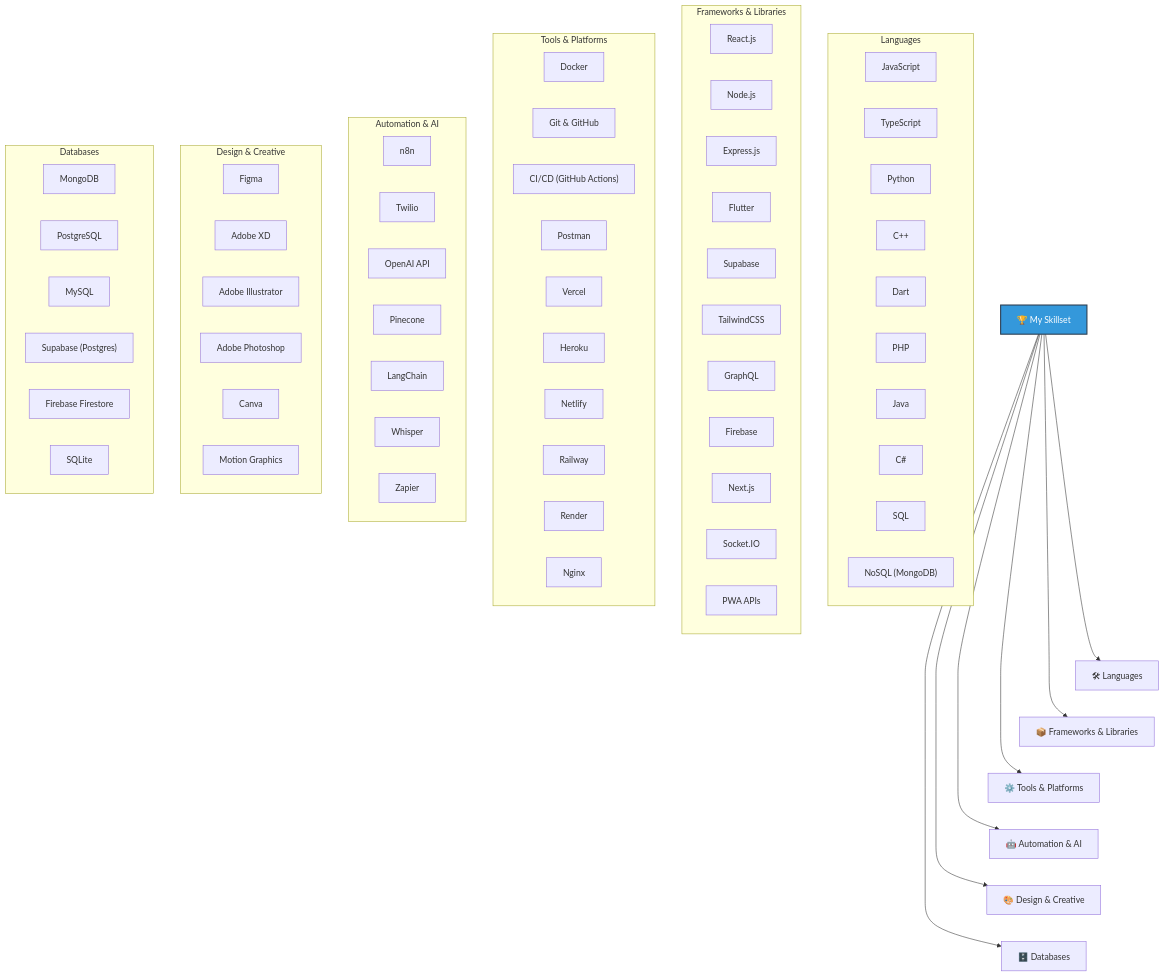
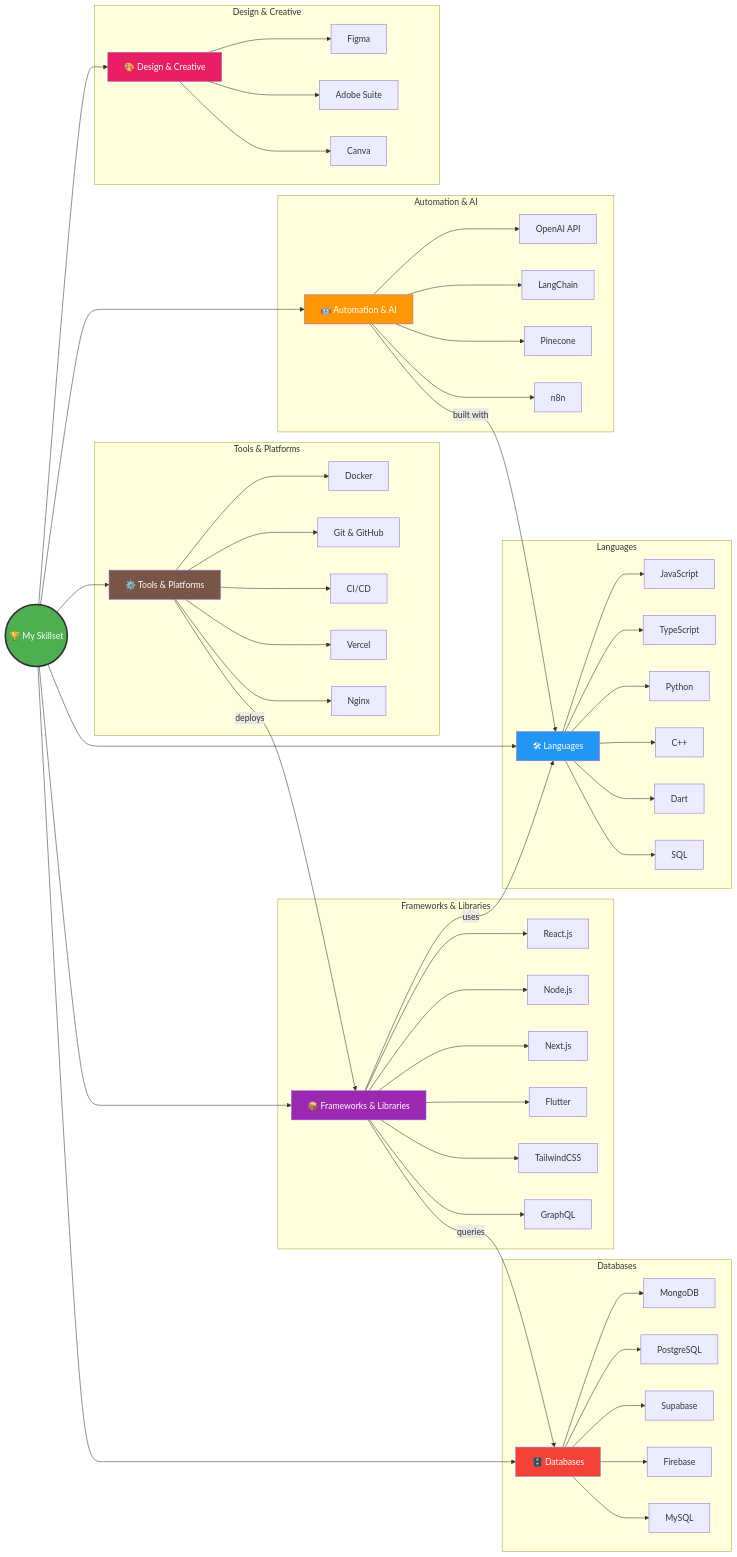
The diagram in README.md (flamescreatioon/flamescreatioon), drawn with Mermaid before and after one commit.

Commit message:
refactor: update developer mind map for improved structure and clarity

````diff
--- a/README.md
+++ b/README.md
@@ -42,86 +42,85 @@
 ```mermaid
-graph TD
-    A["🏆 My Skillset"] --> B["🛠 Languages"];
-    A --> C["📦 Frameworks & Libraries"];
-    A --> D["⚙️ Tools & Platforms"];
-    A --> E["🤖 Automation & AI"];
-    A --> F["🎨 Design & Creative"];
-    A --> G["🗄️ Databases"];
+graph LR
+    %% --- Central Node ---
+    A((🏆 My Skillset))
 
+    %% --- Category Nodes ---
+    B[🛠 Languages]
+    C[📦 Frameworks & Libraries]
+    D[⚙️ Tools & Platforms]
+    E[🤖 Automation & AI]
+    F[🎨 Design & Creative]
+    G[🗄️ Databases]
+
+    %% --- Primary Spokes ---
+    A --> B
+    A --> C
+    A --> D
+    A --> E
+    A --> F
+    A --> G
+
+    %% --- Mesh Connections (Linking Categories) ---
+    C -- uses --> B
+    C -- queries --> G
+    D -- deploys --> C
+    E -- built with --> B
+
+    %% --- Skill Nodes (connected to categories) ---
     subgraph Languages
-        B1["JavaScript"];
-        B2["TypeScript"];
-        B3["Python"];
-        B4["C++"];
-        B5["Dart"];
-        B6["PHP"];
-        B7["Java"];
-        B8["C#"];
-        B9["SQL"];
-        B10["NoSQL (MongoDB)"];
+        B --> B1[JavaScript]
+        B --> B2[TypeScript]
+        B --> B3[Python]
+        B --> B4[C++]
+        B --> B5[Dart]
+        B --> B6[SQL]
     end
 
     subgraph Frameworks & Libraries
-        C1["React.js"];
-        C2["Node.js"];
-        C3["Express.js"];
-        C4["Flutter"];
-        C5["Supabase"];
-        C6["TailwindCSS"];
-        C7["GraphQL"];
-        C8["Firebase"];
-        C9["Next.js"];
-        C10["Socket.IO"];
-        C11["PWA APIs"];
+        C --> C1[React.js]
+        C --> C2[Node.js]
+        C --> C3[Next.js]
+        C --> C4[Flutter]
+        C --> C5[TailwindCSS]
+        C --> C6[GraphQL]
+    end
+
+    subgraph Databases
+        G --> G1[MongoDB]
+        G --> G2[PostgreSQL]
+        G --> G3[Supabase]
+        G --> G4[Firebase]
+        G --> G5[MySQL]
     end
 
     subgraph Tools & Platforms
-        D1["Docker"];
-        D2["Git & GitHub"];
-        D3["CI/CD (GitHub Actions)"];
-        D4["Postman"];
-        D5["Vercel"];
-        D6["Heroku"];
-        D7["Netlify"];
-        D8["Railway"];
-        D9["Render"];
-        D10["Nginx"];
+        D --> D1[Docker]
+        D --> D2[Git & GitHub]
+        D --> D3[CI/CD]
+        D --> D4[Vercel]
+        D --> D5[Nginx]
     end
 
     subgraph Automation & AI
-        E1["n8n"];
-        E2["Twilio"];
-        E3["OpenAI API"];
-        E4["Pinecone"];
-        E5["LangChain"];
-        E6["Whisper"];
-        E7["Zapier"];
+        E --> E1[OpenAI API]
+        E --> E2[LangChain]
+        E --> E3[Pinecone]
+        E --> E4[n8n]
     end
 
     subgraph Design & Creative
-        F1["Figma"];
-        F2["Adobe XD"];
-        F3["Adobe Illustrator"];
-        F4["Adobe Photoshop"];
-        F5["Canva"];
-        F6["Motion Graphics"];
+        F --> F1[Figma]
+        F --> F2[Adobe Suite]
+        F --> F3[Canva]
     end
 
-    subgraph Databases
-        G1["MongoDB"];
-        G2["PostgreSQL"];
-        G3["MySQL"];
-        G4["Supabase (Postgres)"];
-        G5["Firebase Firestore"];
-        G6["SQLite"];
-    end
-
-    A ~~~ B;
-    B ~~~ C;
-    C ~~~ D;
-    D ~~~ E;
-    E ~~~ F;
-    F ~~~ G;
-
-    style A fill:#3498db,stroke:#2c3e50,stroke-width:2px,color:white
+    %% --- Styling ---
+    style A fill:#4CAF50,stroke:#333,stroke-width:3px,color:white
+    style B fill:#2196F3,color:white
+    style C fill:#9C27B0,color:white
+    style D fill:#795548,color:white
+    style E fill:#FF9800,color:white
+    style F fill:#E91E63,color:white
+    style G fill:#f44336,color:white
+   
 ```
````
